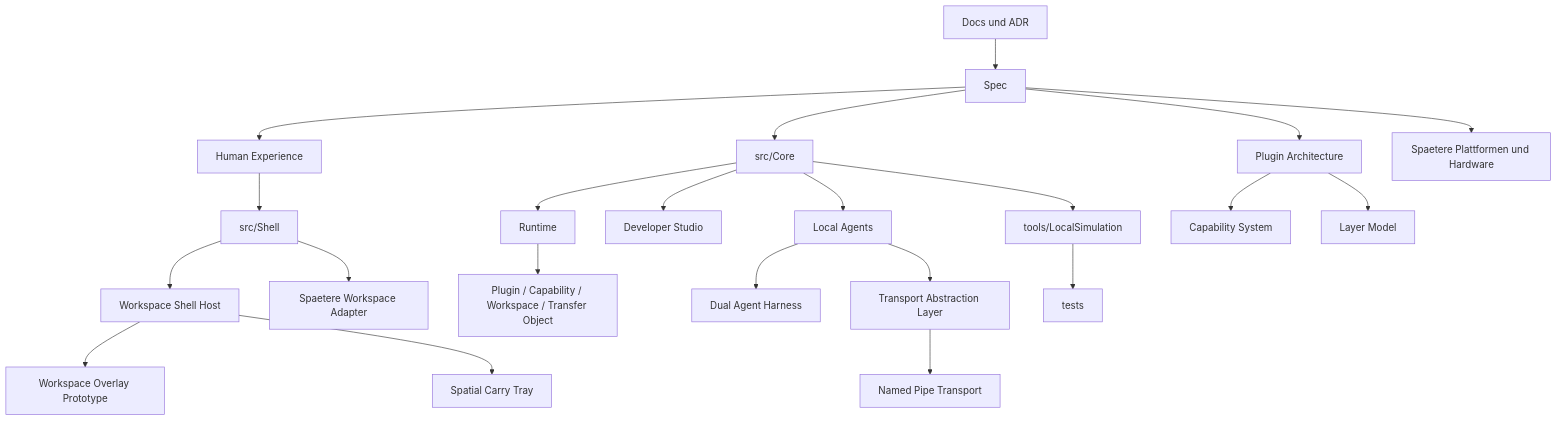
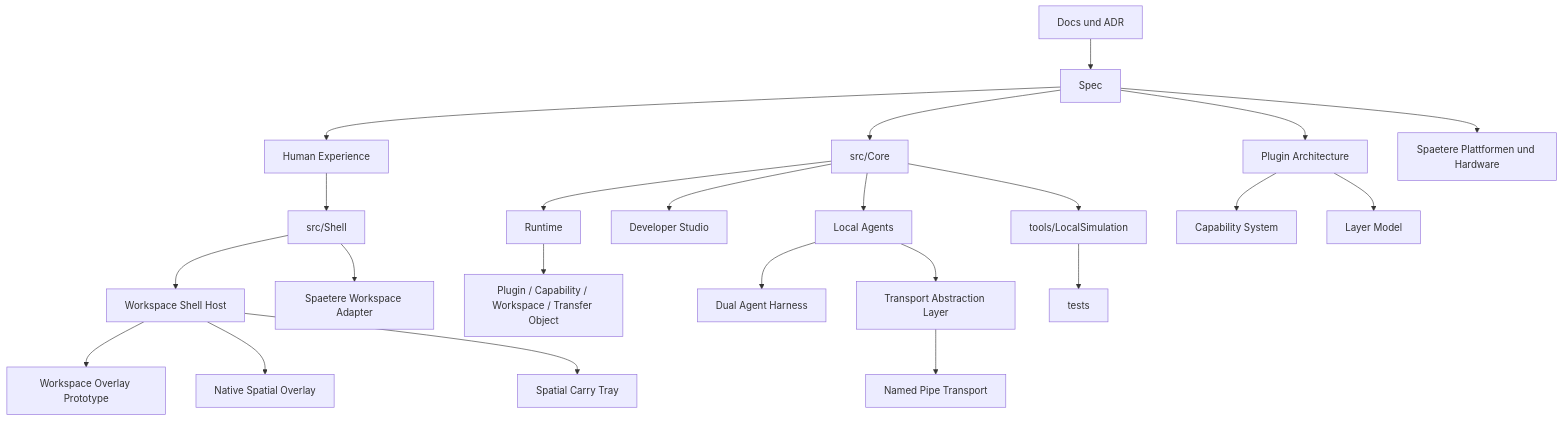
The diagram in README.md (rk-engineeringAToutlook-de/RKWorkspace), drawn with Mermaid before and after one commit. The commit also changed other lines of this file and 18 other files, not shown here.

Commit message:
feat(shell): add native spatial overlay slice

````diff
--- a/README.md
+++ b/README.md
@@ -100,24 +101,25 @@
 ```mermaid
 flowchart TB
     Docs["Docs und ADR"] --> Spec["Spec"]
     Spec --> HX["Human Experience"]
     HX --> Shell["src/Shell"]
     Shell --> ShellHost["Workspace Shell Host"]
     ShellHost --> Overlay["Workspace Overlay Prototype"]
+    ShellHost --> NativeOverlay["Native Spatial Overlay"]
     ShellHost --> SpatialTray["Spatial Carry Tray"]
     Spec --> Core["src/Core"]
     Shell --> Adapters["Spaetere Workspace Adapter"]
     Core --> Runtime["Runtime"]
     Runtime --> Managers["Plugin / Capability / Workspace / Transfer Object"]
     Spec --> Plugins["Plugin Architecture"]
     Plugins --> Capabilities["Capability System"]
     Plugins --> Layers["Layer Model"]
     Core --> Studio["Developer Studio"]
     Core --> Agents["Local Agents"]
     Agents --> Harness["Dual Agent Harness"]
     Agents --> Transport["Transport Abstraction Layer"]
     Transport --> Ipc["Named Pipe Transport"]
     Core --> Simulation["tools/LocalSimulation"]
     Simulation --> Tests["tests"]
     Spec --> Future["Spaetere Plattformen und Hardware"]
 ```
````
